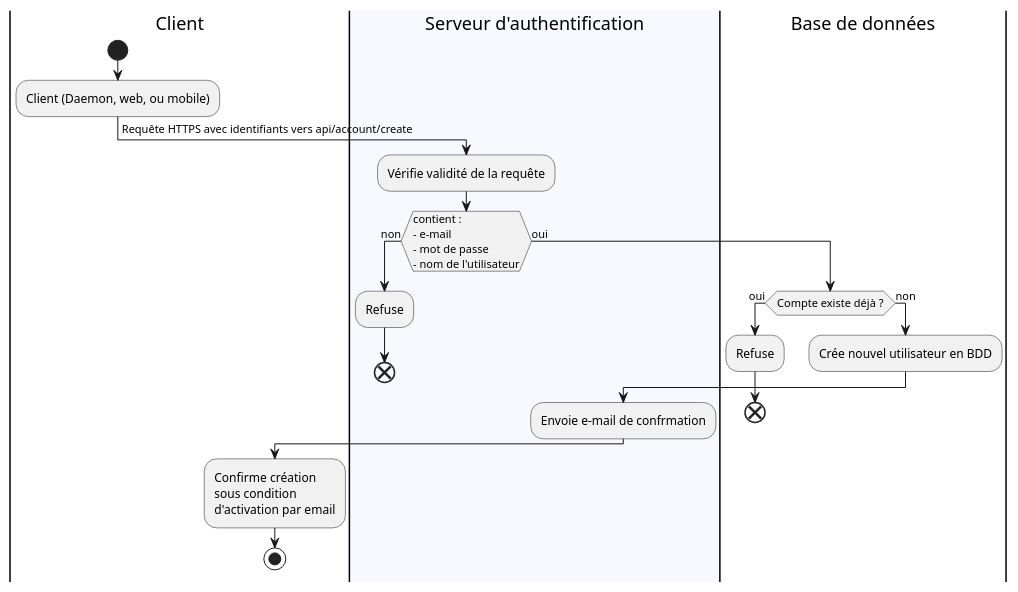
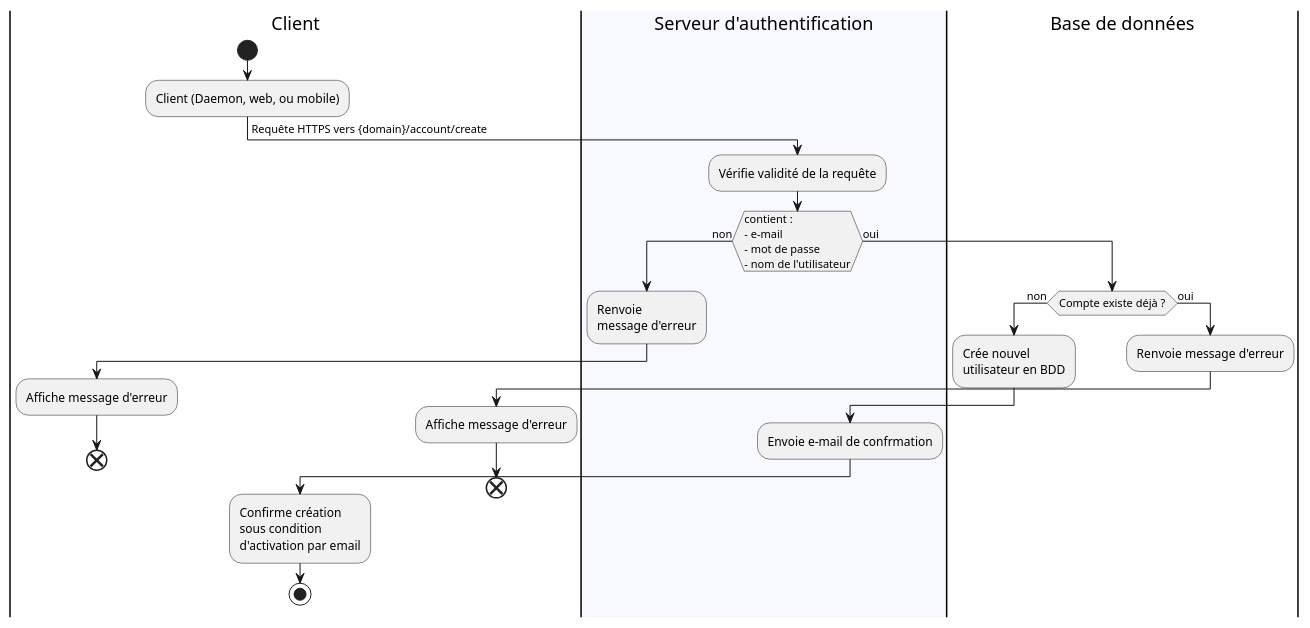
Before and after one commit to FocusCompany/Documents: the diagram in AA2/Backend/account_creation.plantuml, drawn with PlantUML.

Commit message:
Add end in client

```diff
--- a/AA2/Backend/account_creation.plantuml
+++ b/AA2/Backend/account_creation.plantuml
@@ -1,27 +1,38 @@
 @startuml
 |Client|
 
 start
 :Client (Daemon, web, ou mobile);
--> Requête HTTPS avec identifiants vers api/account/create;
+-> Requête HTTPS vers {domain}/account/create;
 
 |#GhostWhite|Serveur d'authentification|
   :Vérifie validité de la requête;
   if (contient :\n- e-mail\n- mot de passe\n- nom de l'utilisateur) then (non)
-    :Refuse;
+    :Renvoie\nmessage d'erreur;
+
+    |Client|
+    :Affiche message d'erreur;
     end
   else (oui)
+
     |Base de données|
-    if (Compte existe déjà ?) then (oui)
-      :Refuse;
-      end
-    else (non)
-      :Crée nouvel utilisateur en BDD;
+    if (Compte existe déjà ?) then (non)
+      :Crée nouvel\nutilisateur en BDD;
+
       |Serveur d'authentification|
       :Envoie e-mail de confrmation;
+
       |Client|
       :Confirme création\nsous condition\nd'activation par email;
       stop
+
+    |Base de données|
+    else (oui)
+      :Renvoie message d'erreur;
+
+      |Client|
+      :Affiche message d'erreur;
+      end
     endif
   endif
 @enduml
```
